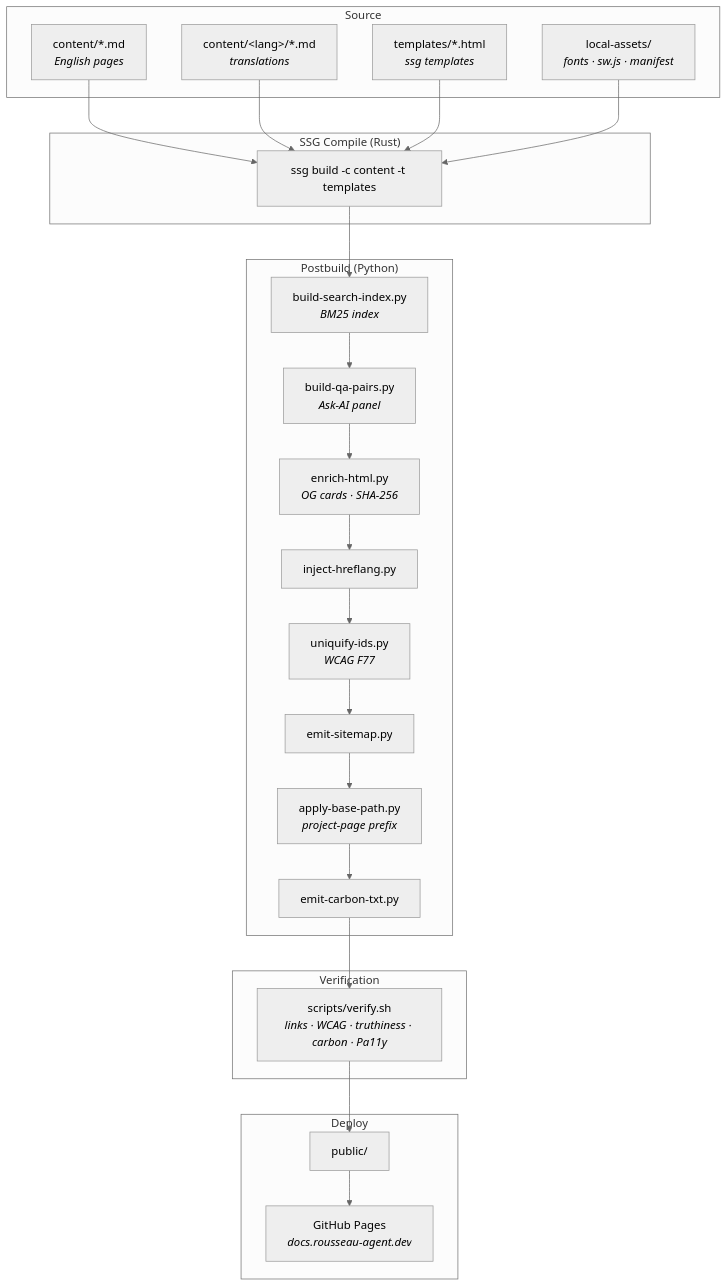
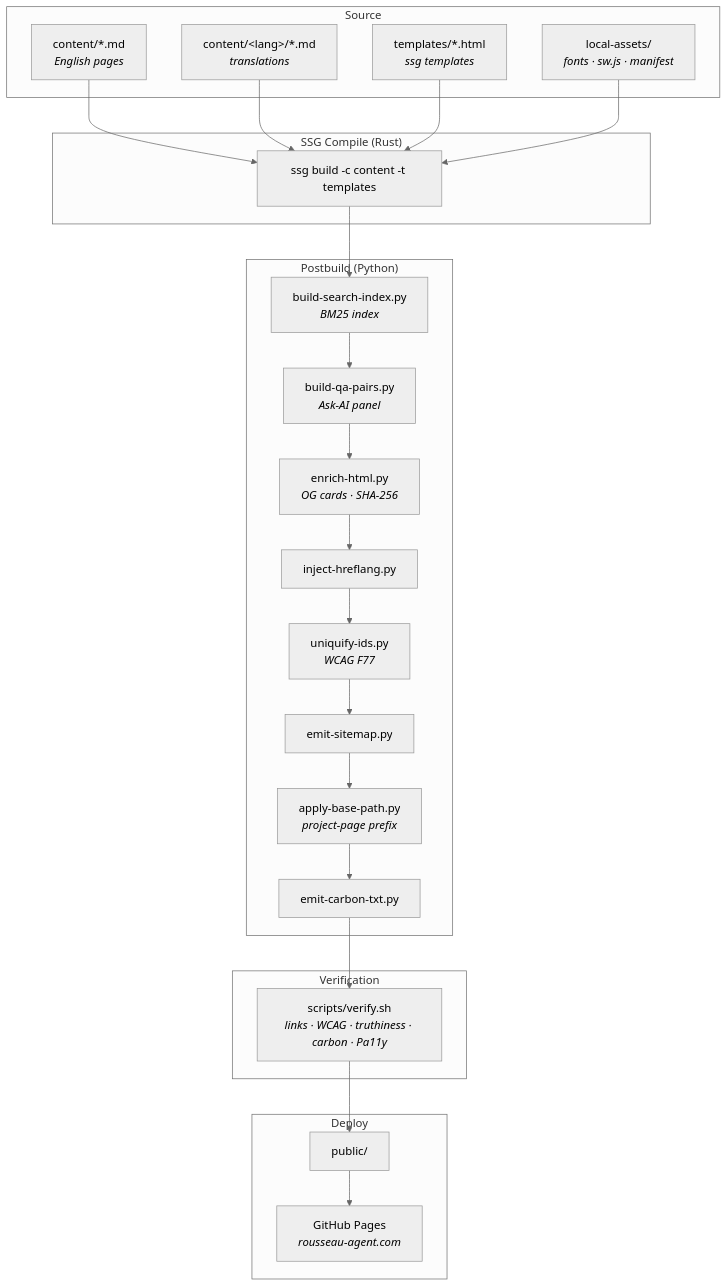
Before and after one commit to sebastienrousseau/rousseau-agent.github.io: the diagram in README.md, drawn with Mermaid. The commit also changed other lines of this file and 696 other files, not shown here.

First line of the commit message:
fix(seo): use canonical rousseau-agent.com in sitemap

````diff
--- a/README.md
+++ b/README.md
@@ -112,43 +112,43 @@
 ```mermaid
 %%{init: {'theme':'neutral'} }%%
 flowchart TB
  subgraph SRC["Source"]
  EN["content/*.md<br/><i>English pages</i>"]
  T["content/&lt;lang&gt;/*.md<br/><i>translations</i>"]
  L["templates/*.html<br/><i>ssg templates</i>"]
  A["local-assets/<br/><i>fonts · sw.js · manifest</i>"]
  end
 
  subgraph SSG["SSG Compile (Rust)"]
  COMP["ssg build -c content -t templates"]
  end
 
  subgraph POST["Postbuild (Python)"]
  PB1["build-search-index.py<br/><i>BM25 index</i>"]
  PB2["build-qa-pairs.py<br/><i>Ask-AI panel</i>"]
  PB3["enrich-html.py<br/><i>OG cards · SHA-256</i>"]
  PB4["inject-hreflang.py"]
  PB5["uniquify-ids.py<br/><i>WCAG F77</i>"]
  PB6["emit-sitemap.py"]
  PB7["apply-base-path.py<br/><i>project-page prefix</i>"]
  PB8["emit-carbon-txt.py"]
  end
 
  subgraph VERIFY["Verification"]
  V["scripts/verify.sh<br/><i>links · WCAG · truthiness · carbon · Pa11y</i>"]
  end
 
  subgraph OUT["Deploy"]
  P["public/"]
- GH["GitHub Pages<br/><i>docs.rousseau-agent.dev</i>"]
+ GH["GitHub Pages<br/><i>rousseau-agent.com</i>"]
  end
 
  EN --> COMP
  T --> COMP
  L --> COMP
  A --> COMP
  COMP --> PB1
  PB1 --> PB2 --> PB3 --> PB4 --> PB5 --> PB6 --> PB7 --> PB8
  PB8 --> V
  V --> P --> GH
 ```
````
